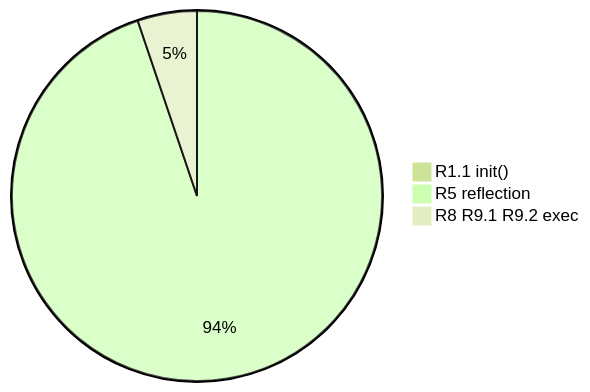
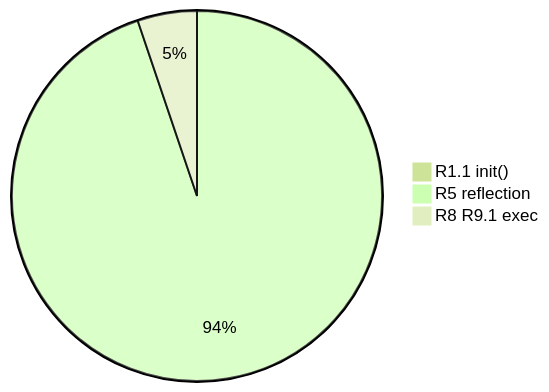
One commit to chains-project/GoSurf changed the eighth of 10 diagrams in results/README.md. Above: the diagram before and after it, drawn with Mermaid (forest theme). The commit also changed other lines of this file and 5 other files, not shown here.

````diff
--- a/results/README.md
+++ b/results/README.md
@@ -276,6 +283,6 @@
 ```mermaid
 pie 
     "R1.1 init()" : 1
     "R5 reflection" : 274
-    "R8 R9.1 R9.2 exec" : 15
+    "R8 R9.1 exec" : 15
 ```
````
